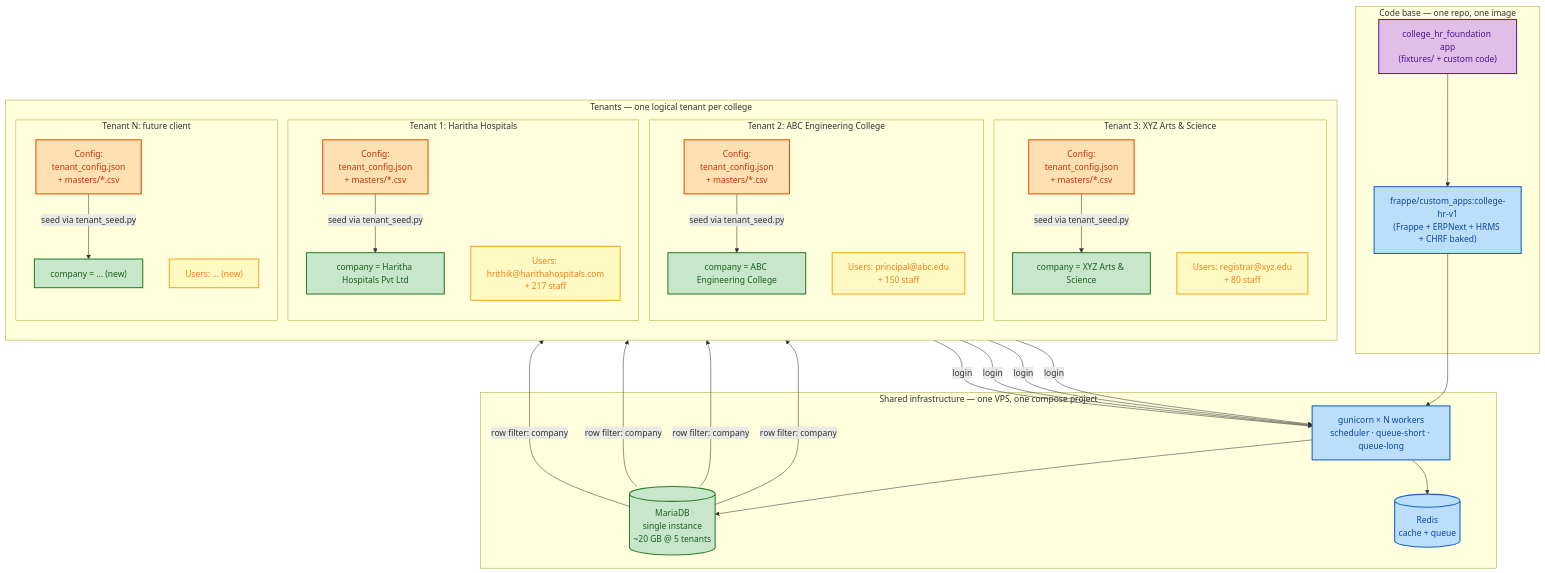
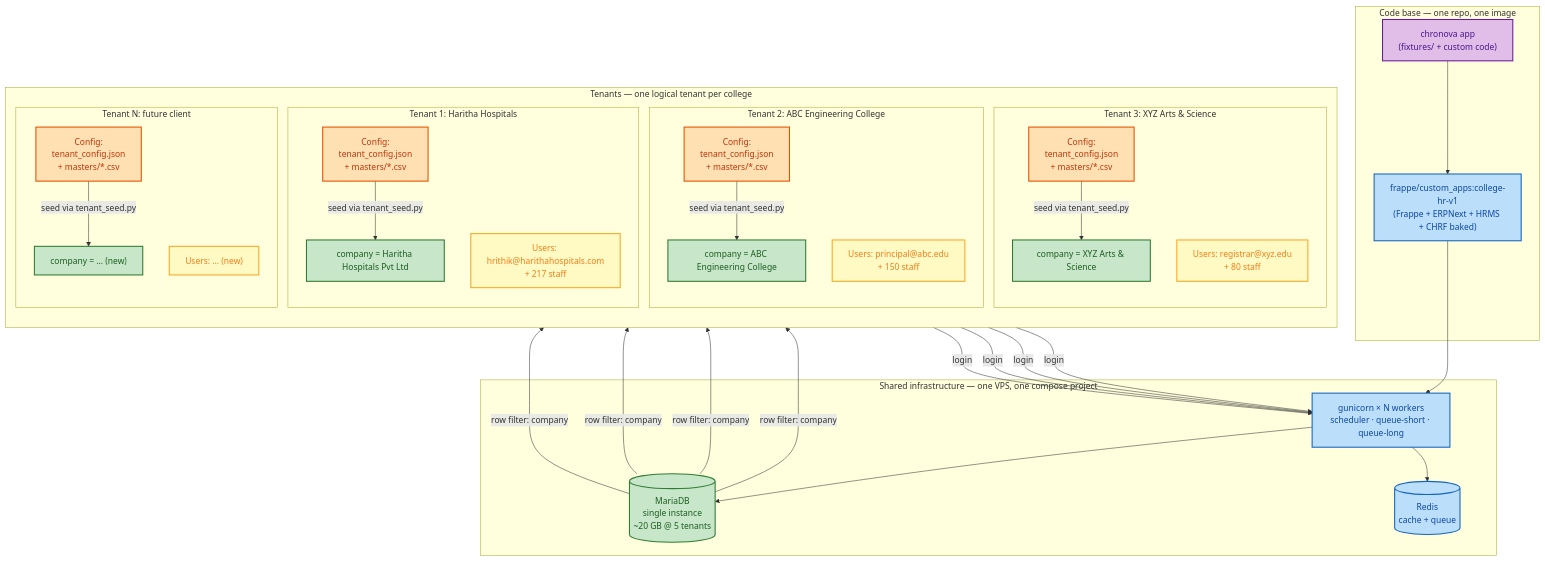
The first of 3 diagrams in docs/architecture/02-multi-tenant-architecture.md (venkat-narasimha/chronova), drawn with Mermaid before and after one commit. The commit also changed other lines of this file and 8 other files, not shown here.

First line of the commit message:
Rename: College HR Foundation -> Chronova

````diff
--- a/docs/architecture/02-multi-tenant-architecture.md
+++ b/docs/architecture/02-multi-tenant-architecture.md
@@ -34,64 +34,64 @@
 ```mermaid
 graph TB
     subgraph Code["Code base — one repo, one image"]
-        CHRF["college_hr_foundation app<br/>(fixtures/ + custom code)"]:::app
+        CHRF["chronova app<br/>(fixtures/ + custom code)"]:::app
         IMAGE["frappe/custom_apps:college-hr-v1<br/>(Frappe + ERPNext + HRMS + CHRF baked)"]:::infra
     end
 
     subgraph SharedInfra["Shared infrastructure — one VPS, one compose project"]
         BENCH["gunicorn × N workers<br/>scheduler · queue-short · queue-long"]:::infra
         DB[("MariaDB<br/>single instance<br/>~20 GB @ 5 tenants")]:::db
         REDIS[("Redis<br/>cache + queue")]:::infra
     end
 
     subgraph Tenants["Tenants — one logical tenant per college"]
         direction TB
         subgraph T1["Tenant 1: Haritha Hospitals"]
             T1C["company = Haritha Hospitals Pvt Ltd"]:::tenant
             T1D["Config:<br/>tenant_config.json<br/>+ masters/*.csv"]:::config
             T1U["Users: hrithik@harithahospitals.com<br/>+ 217 staff"]:::user
         end
         subgraph T2["Tenant 2: ABC Engineering College"]
             T2C["company = ABC Engineering College"]:::tenant
             T2D["Config:<br/>tenant_config.json<br/>+ masters/*.csv"]:::config
             T2U["Users: principal@abc.edu<br/>+ 150 staff"]:::user
         end
         subgraph T3["Tenant 3: XYZ Arts & Science"]
             T3C["company = XYZ Arts & Science"]:::tenant
             T3D["Config:<br/>tenant_config.json<br/>+ masters/*.csv"]:::config
             T3U["Users: registrar@xyz.edu<br/>+ 80 staff"]:::user
         end
         subgraph TN["Tenant N: future client"]
             TNC["company = ... (new)"]:::tenant
             TND["Config:<br/>tenant_config.json<br/>+ masters/*.csv"]:::config
             TNU["Users: ... (new)"]:::user
         end
     end
 
     CHRF --> IMAGE
     IMAGE --> BENCH
     BENCH --> DB
     BENCH --> REDIS
 
     DB -->|row filter: company| T1C
     DB -->|row filter: company| T2C
     DB -->|row filter: company| T3C
     DB -->|row filter: company| TNC
 
     T1D -->|seed via tenant_seed.py| T1C
     T2D -->|seed via tenant_seed.py| T2C
     T3D -->|seed via tenant_seed.py| T3C
     TND -->|seed via tenant_seed.py| TNC
 
     T1U -->|login| BENCH
     T2U -->|login| BENCH
     T3U -->|login| BENCH
     TNU -->|login| BENCH
 
     classDef app fill:#e1bee7,stroke:#6a1b9a,stroke-width:2px,color:#4a148c;
     classDef infra fill:#bbdefb,stroke:#1565c0,stroke-width:2px,color:#0d47a1;
     classDef db fill:#c8e6c9,stroke:#2e7d32,stroke-width:2px,color:#1b5e20;
     classDef tenant fill:#c8e6c9,stroke:#2e7d32,stroke-width:2px,color:#1b5e20;
     classDef config fill:#ffe0b2,stroke:#e65100,stroke-width:2px,color:#bf360c;
     classDef user fill:#fff9c4,stroke:#f9a825,stroke-width:2px,color:#f57f17;
 ```
````
